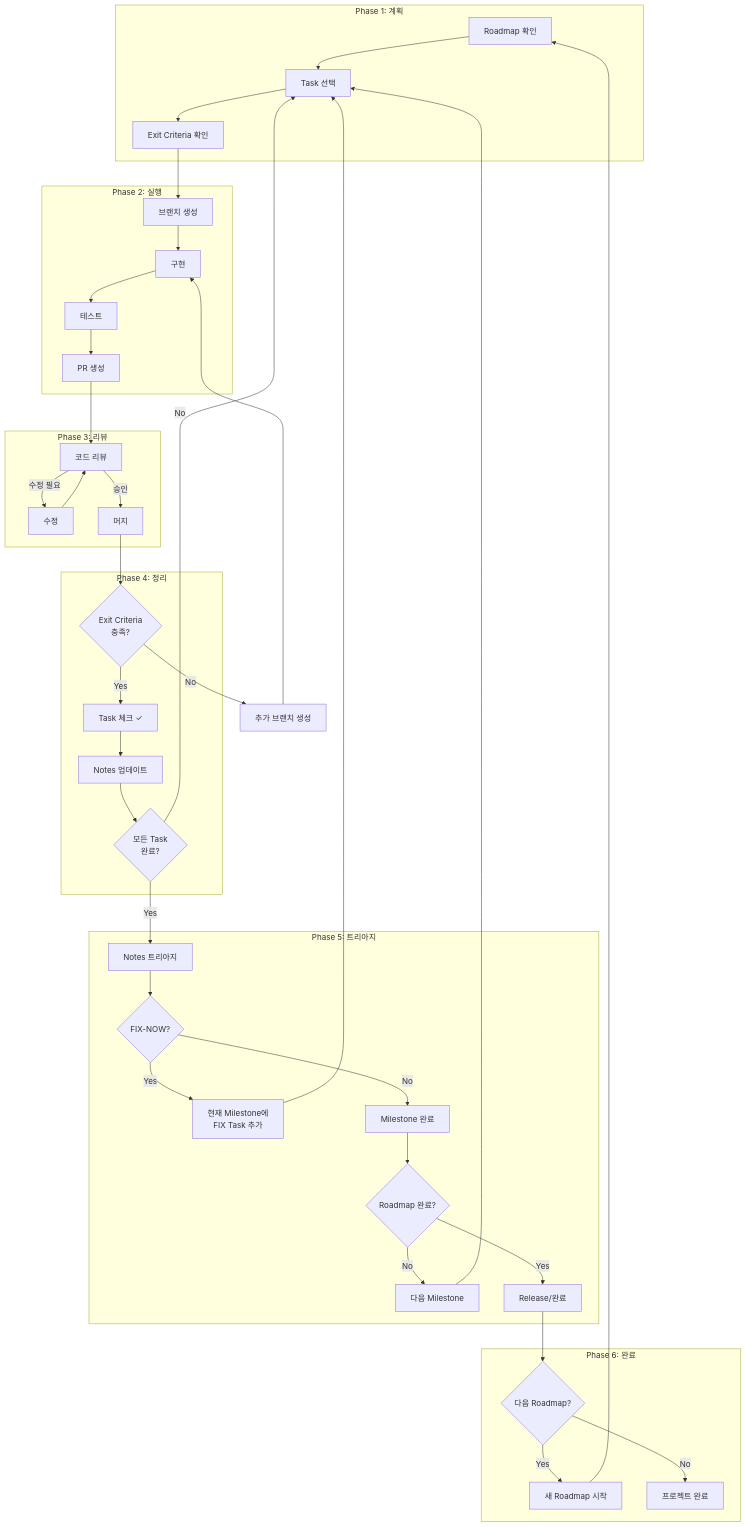
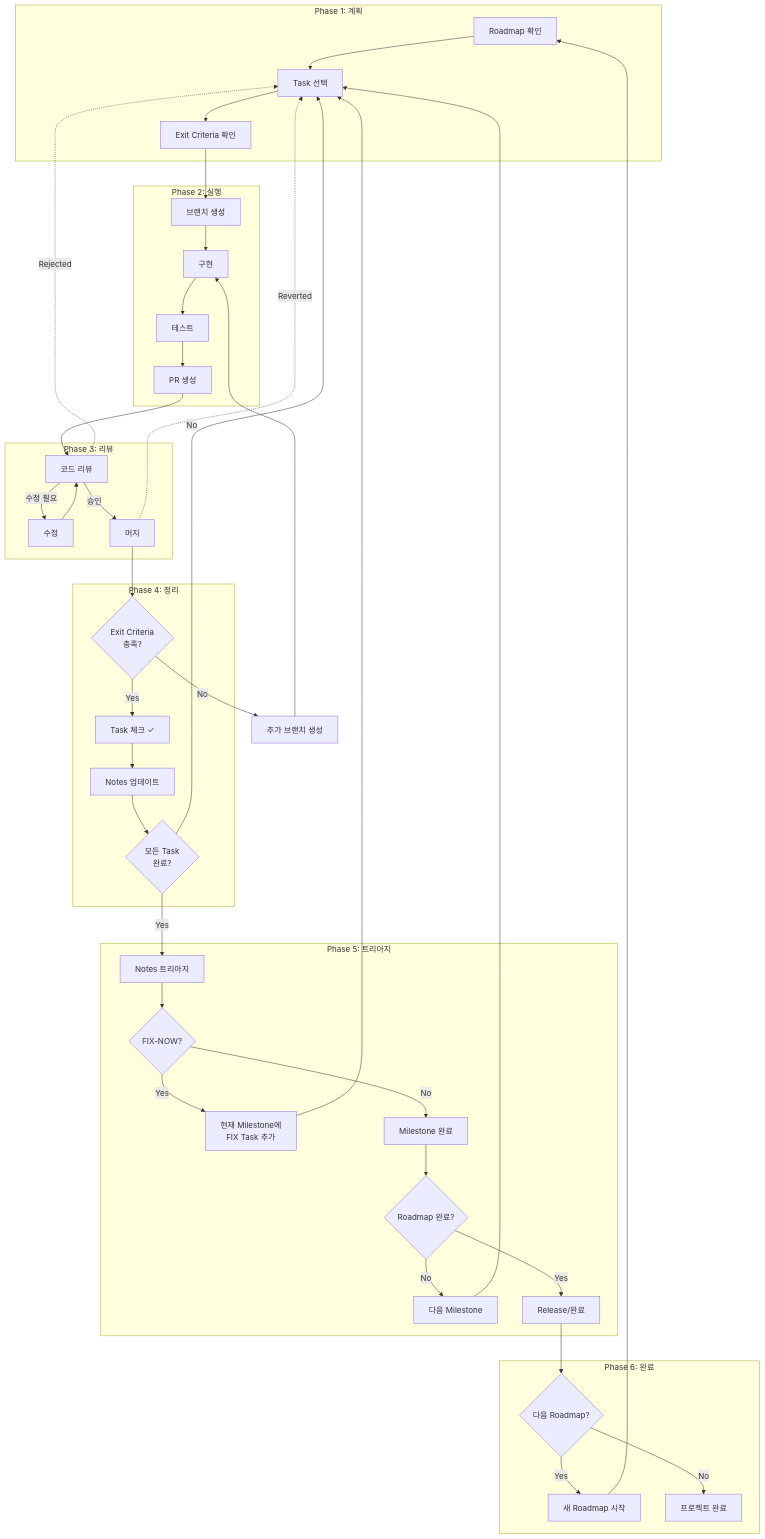
The second of 8 diagrams in docs/workflow.md (cagojeiger/code-hub), drawn with Mermaid before and after one commit. The commit also changed other lines of this file, not shown here.

````diff
--- a/docs/workflow.md
+++ b/docs/workflow.md
@@ -51,65 +51,67 @@
 ```mermaid
 flowchart TB
     subgraph Phase1["Phase 1: 계획"]
         ROADMAP_CHECK[Roadmap 확인]
         TASK_SELECT[Task 선택]
         EXIT_CONFIRM[Exit Criteria 확인]
     end
 
     subgraph Phase2["Phase 2: 실행"]
         BRANCH[브랜치 생성]
         IMPL[구현]
         TEST[테스트]
         PR_CREATE[PR 생성]
     end
 
     subgraph Phase3["Phase 3: 리뷰"]
         REVIEW[코드 리뷰]
         FIX[수정]
         MERGE[머지]
     end
 
     subgraph Phase4["Phase 4: 정리"]
         EXIT_MET{Exit Criteria<br/>충족?}
         TASK_CHECK[Task 체크 ✓]
         NOTES_UPDATE[Notes 업데이트]
         ALL_DONE{모든 Task<br/>완료?}
     end
 
     subgraph Phase5["Phase 5: 트리아지"]
         TRIAGE[Notes 트리아지]
         FIX_NOW{FIX-NOW?}
         FIX_TASK[현재 Milestone에<br/>FIX Task 추가]
         MS_DONE[Milestone 완료]
         ROADMAP_DONE{Roadmap 완료?}
         NEXT_MS[다음 Milestone]
         RELEASE[Release/완료]
     end
 
     ROADMAP_CHECK --> TASK_SELECT --> EXIT_CONFIRM --> BRANCH
     BRANCH --> IMPL --> TEST --> PR_CREATE --> REVIEW
     REVIEW -->|수정 필요| FIX --> REVIEW
     REVIEW -->|승인| MERGE
+    REVIEW -.->|Rejected| TASK_SELECT
 
     MERGE --> EXIT_MET
+    MERGE -.->|Reverted| TASK_SELECT
     EXIT_MET -->|No| NEW_BRANCH[추가 브랜치 생성]
     NEW_BRANCH --> IMPL
     EXIT_MET -->|Yes| TASK_CHECK --> NOTES_UPDATE --> ALL_DONE
 
     ALL_DONE -->|No| TASK_SELECT
     ALL_DONE -->|Yes| TRIAGE
 
     TRIAGE --> FIX_NOW
     FIX_NOW -->|Yes| FIX_TASK --> TASK_SELECT
     FIX_NOW -->|No| MS_DONE --> ROADMAP_DONE
     ROADMAP_DONE -->|No| NEXT_MS --> TASK_SELECT
     ROADMAP_DONE -->|Yes| RELEASE
 
     subgraph Phase6["Phase 6: 완료"]
         RELEASE --> NEXT_ROADMAP{다음 Roadmap?}
         NEXT_ROADMAP -->|Yes| NEW_ROADMAP[새 Roadmap 시작]
         NEXT_ROADMAP -->|No| PROJECT_DONE[프로젝트 완료]
     end
 
     NEW_ROADMAP --> ROADMAP_CHECK
 ```
````
